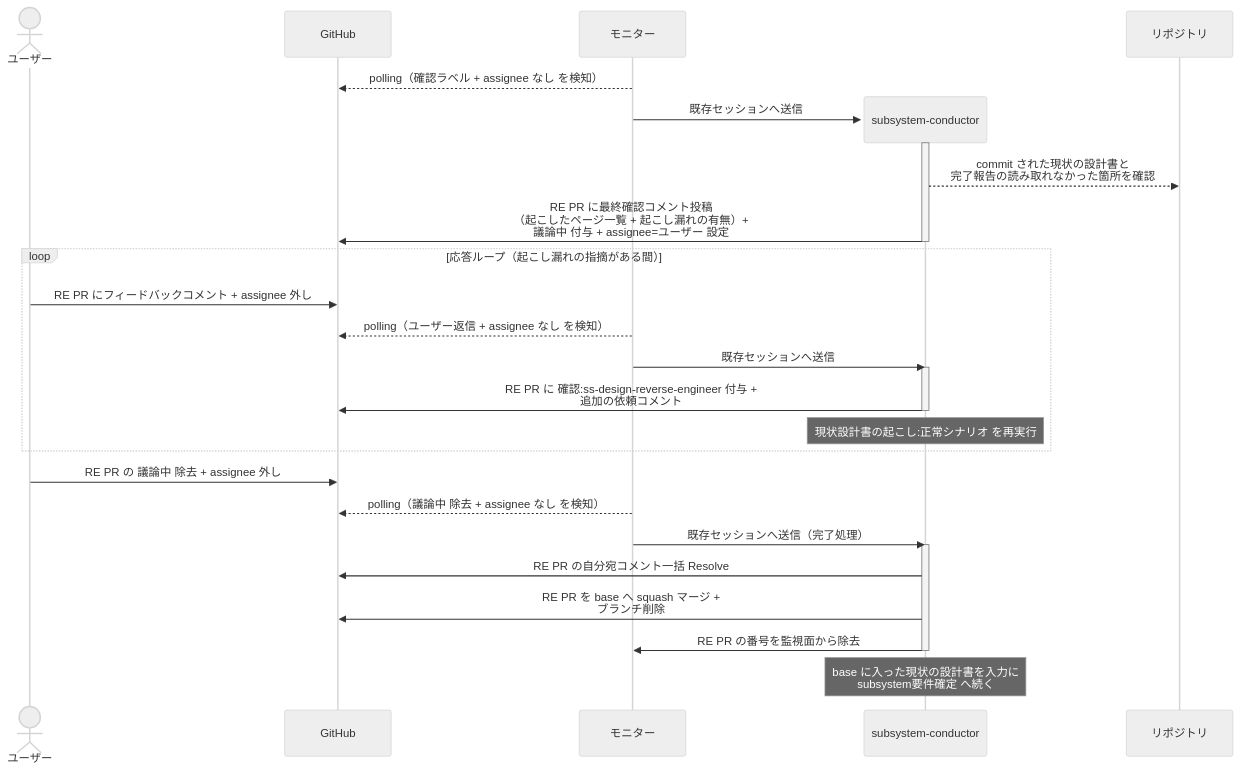
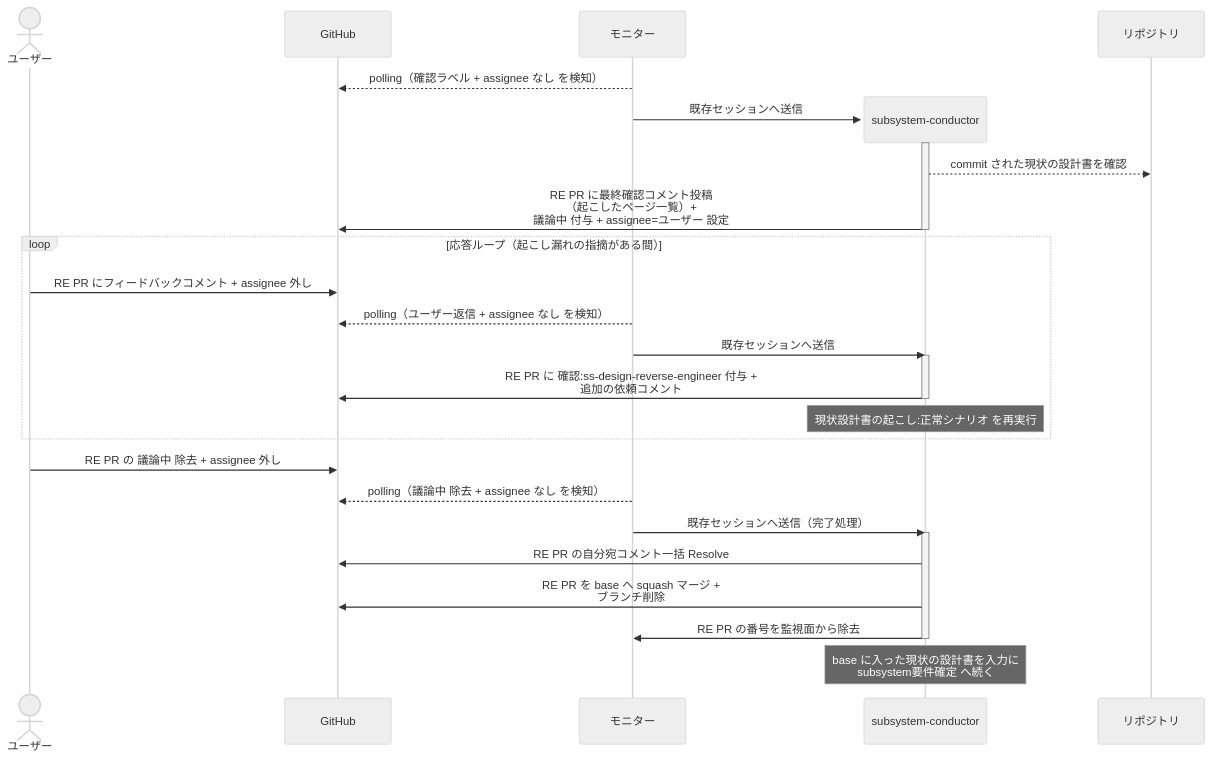
One commit to shuhei1101/ai-monitor changed the second of 3 diagrams in docs/wiki/設計図/シナリオ/単一ユースケース/リバースエンジニアリング起動.md. Above: the diagram before and after it, drawn with Mermaid (neutral theme). The commit also changed other lines of this file and 304 other files, not shown here.

````diff
--- a/docs/wiki/設計図/シナリオ/単一ユースケース/リバースエンジニアリング起動.md
+++ b/docs/wiki/設計図/シナリオ/単一ユースケース/リバースエンジニアリング起動.md
@@ -78,35 +78,35 @@
 ```mermaid
 sequenceDiagram
   actor U as ユーザー
   participant GH as GitHub
   participant ORC as モニター
 
   ORC-->>GH: polling（確認ラベル + assignee なし を検知）
   create participant MON as subsystem-conductor
   ORC->>MON: 既存セッションへ送信
   activate MON
   participant REPO as リポジトリ
-  MON-->>REPO: commit された現状の設計書と<br>完了報告の読み取れなかった箇所を確認
-  MON->>GH: RE PR に最終確認コメント投稿<br>（起こしたページ一覧 + 起こし漏れの有無）+<br>議論中 付与 + assignee=ユーザー 設定
+  MON-->>REPO: commit された現状の設計書を確認
+  MON->>GH: RE PR に最終確認コメント投稿<br>（起こしたページ一覧）+<br>議論中 付与 + assignee=ユーザー 設定
   deactivate MON
 
   loop 応答ループ（起こし漏れの指摘がある間）
     U->>GH: RE PR にフィードバックコメント + assignee 外し
     ORC-->>GH: polling（ユーザー返信 + assignee なし を検知）
     ORC->>MON: 既存セッションへ送信
     activate MON
     MON->>GH: RE PR に 確認:ss-design-reverse-engineer 付与 +<br>追加の依頼コメント
     deactivate MON
     Note over MON: 現状設計書の起こし:正常シナリオ を再実行
   end
 
   U->>GH: RE PR の 議論中 除去 + assignee 外し
   ORC-->>GH: polling（議論中 除去 + assignee なし を検知）
   ORC->>MON: 既存セッションへ送信（完了処理）
   activate MON
   MON->>GH: RE PR の自分宛コメント一括 Resolve
   MON->>GH: RE PR を base へ squash マージ +<br>ブランチ削除
   MON->>ORC: RE PR の番号を監視面から除去
   deactivate MON
   Note over MON: base に入った現状の設計書を入力に<br>subsystem要件確定 へ続く
 ```
````
